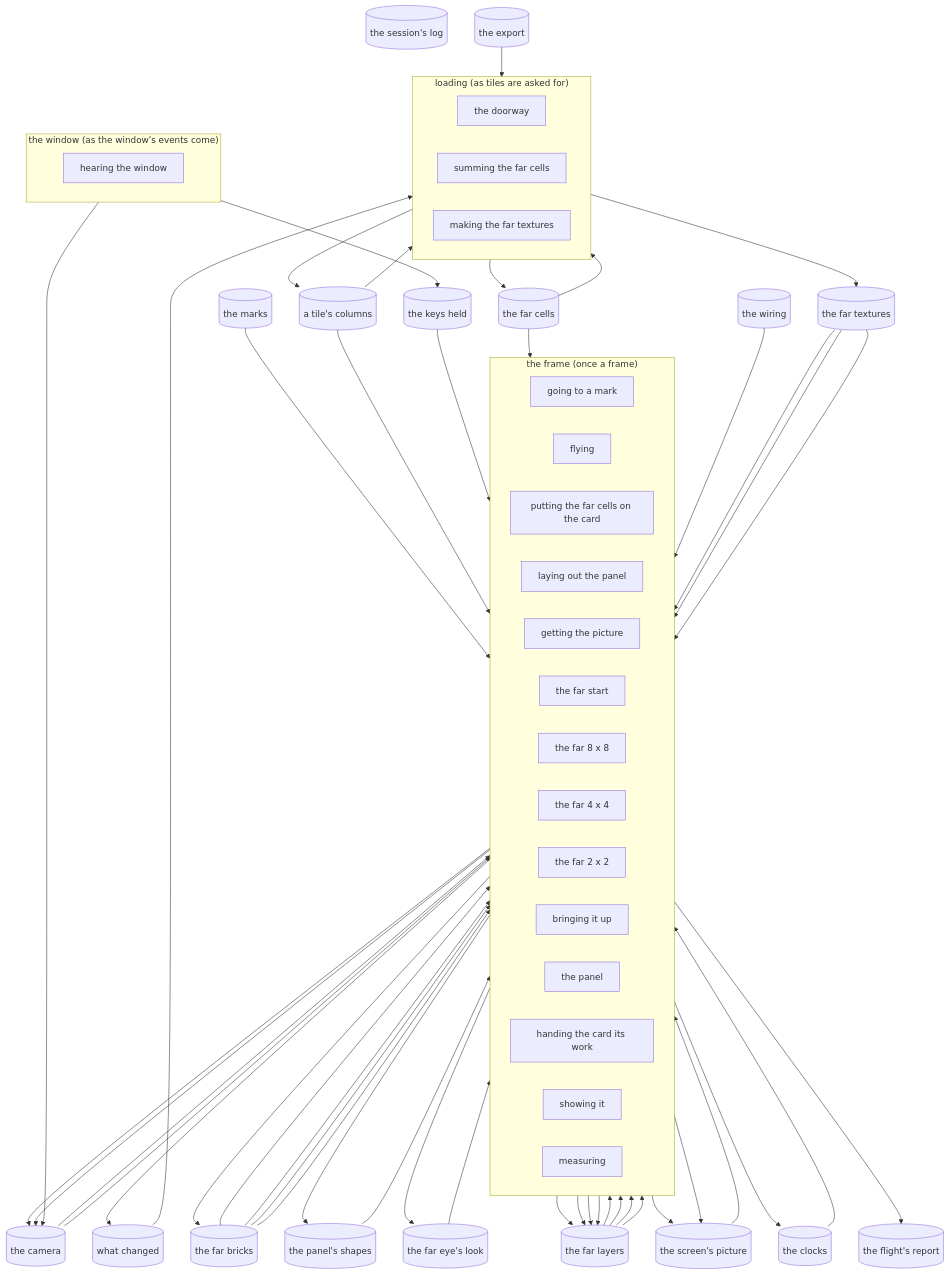
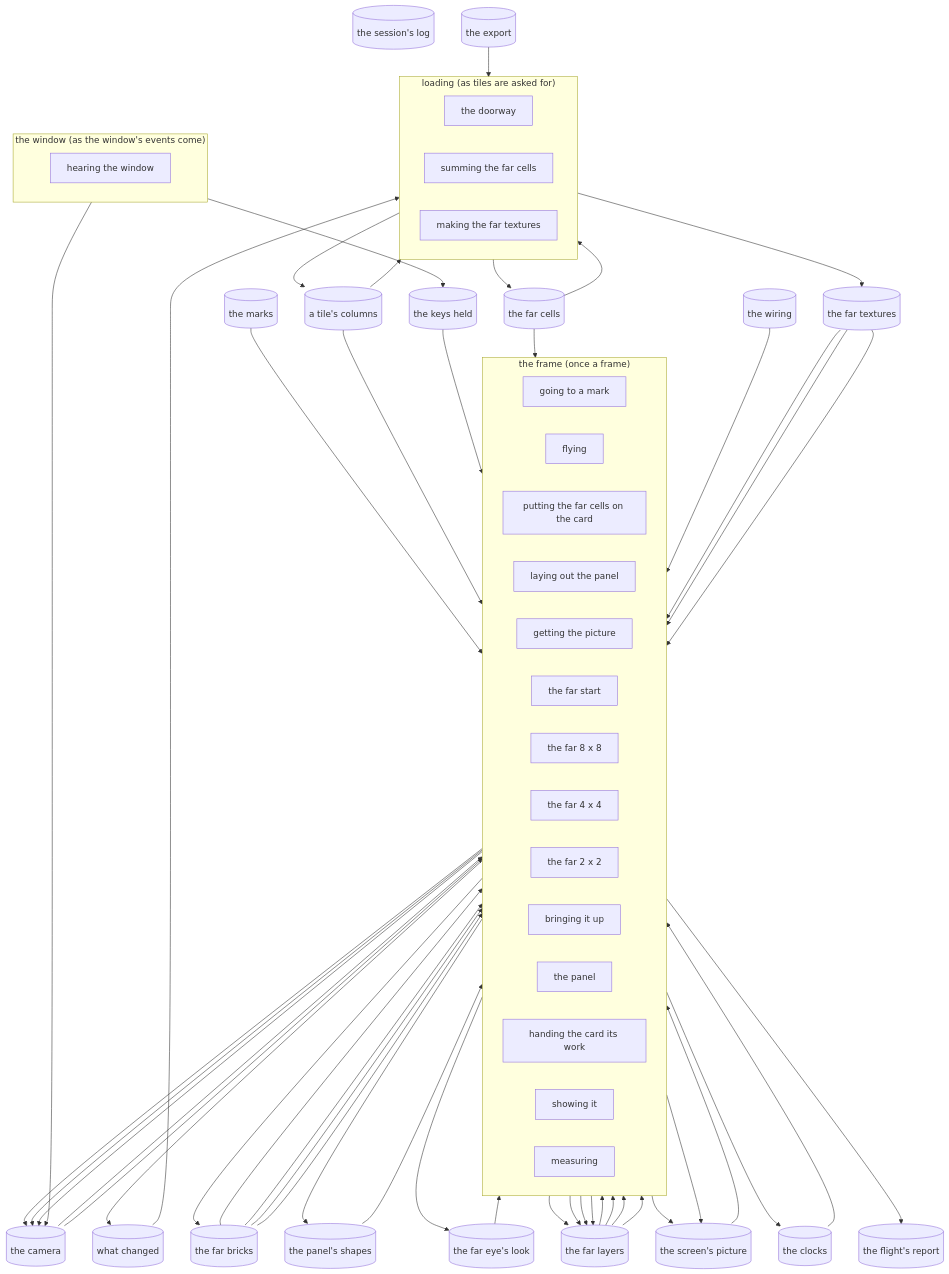
The diagram in master/map.md (david138collins/incus-artus), drawn with Mermaid before and after one commit. The commit also changed other lines of this file and 5 other files, not shown here.

```diff
--- a/master/map.md
+++ b/master/map.md
@@ -68,6 +68,7 @@
   store_the_clocks --> pass_laying_out_the_panel
   store_the_wiring --> pass_laying_out_the_panel
   pass_laying_out_the_panel --> store_the_panel_s_shapes
+  pass_laying_out_the_panel --> store_the_camera
   pass_laying_out_the_panel --> store_the_far_eye_s_look
   store_the_camera --> pass_the_far_start
   store_the_far_bricks --> pass_the_far_start
```
